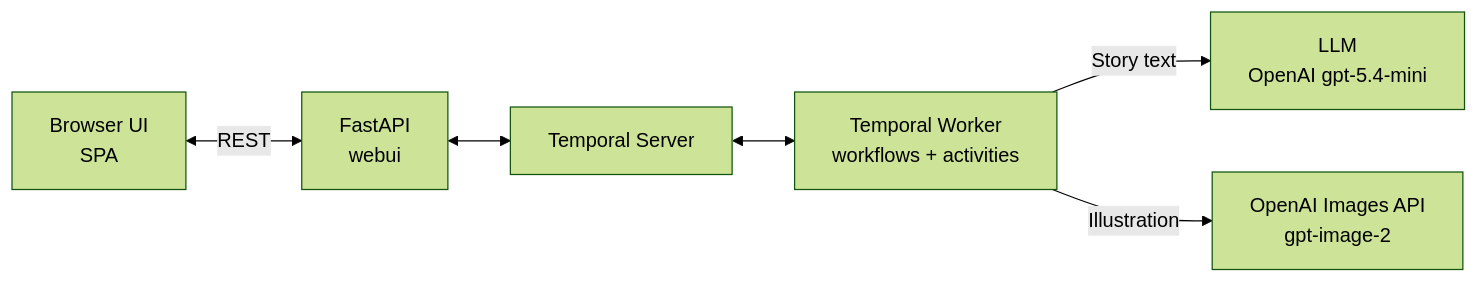
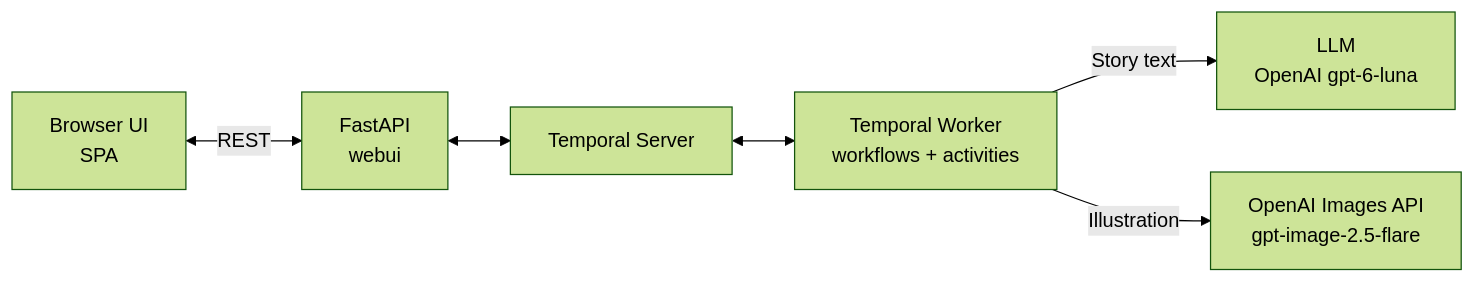
One commit to alexandreroman/temporal-bedtime-agent changed the diagram in README.md. Above: the diagram before and after it, drawn with Mermaid (forest theme). The commit also changed other lines of this file and 4 other files, not shown here.

First line of the commit message:
Switch default models to gpt-6-luna and gpt-image-2.5-flare

````diff
--- a/README.md
+++ b/README.md
@@ -21,8 +21,8 @@
 ```mermaid
 graph LR
     A[Browser UI<br/>SPA] <-->|REST| B[FastAPI<br/>webui]
     B <--> C[Temporal Server]
     C <--> D[Temporal Worker<br/>workflows + activities]
-    D -->|Story text| E[LLM<br/>OpenAI gpt-5.4-mini]
-    D -->|Illustration| F[OpenAI Images API<br/>gpt-image-2]
+    D -->|Story text| E[LLM<br/>OpenAI gpt-6-luna]
+    D -->|Illustration| F[OpenAI Images API<br/>gpt-image-2.5-flare]
 ```
````
